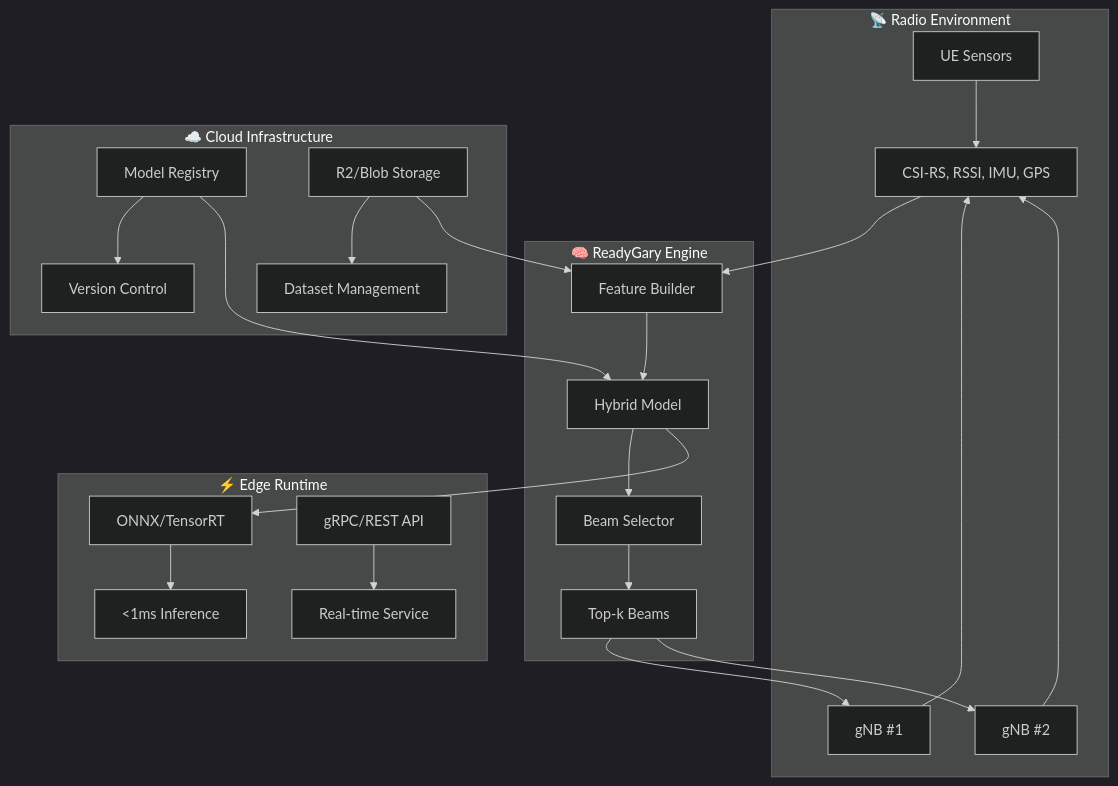
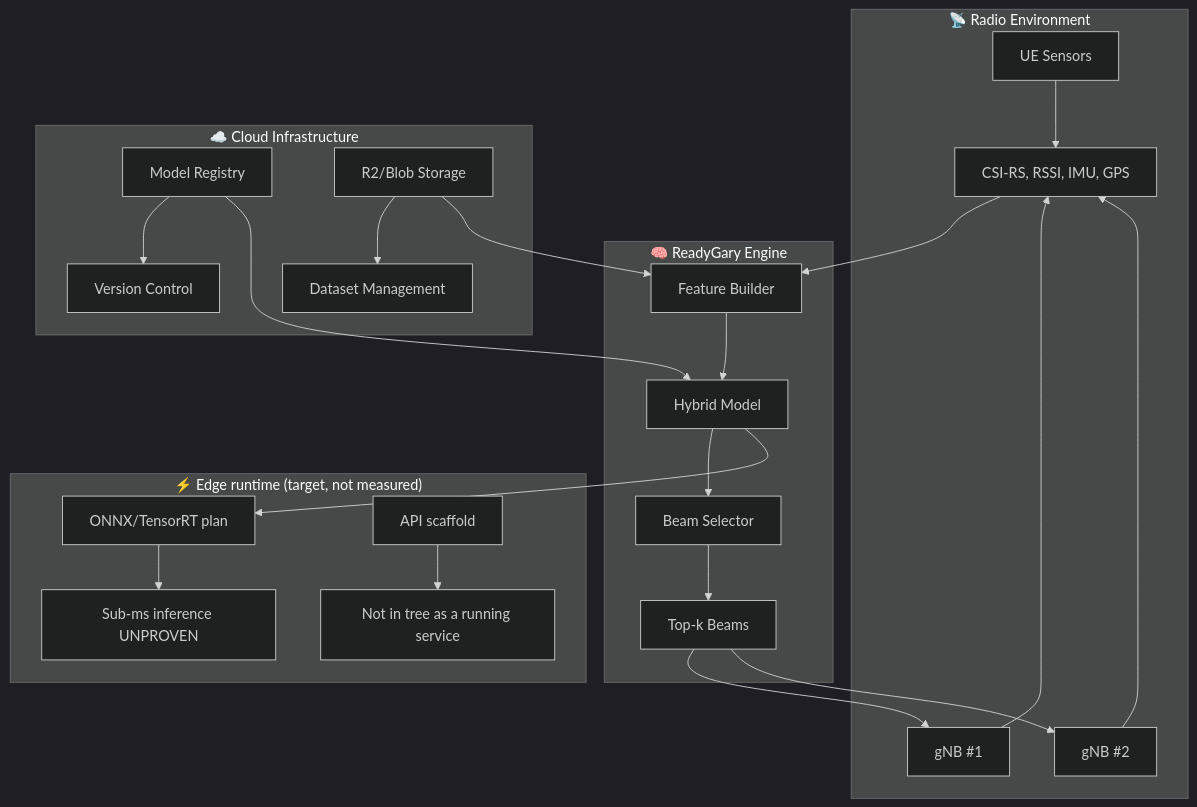
One commit to gunnchOS3k/readygary-6g-beam-selection changed the second of 2 diagrams in README.md. Above: the diagram before and after it, drawn with Mermaid (dark theme). The commit also changed other lines of this file and 7 other files, not shown here.

````diff
--- a/README.md
+++ b/README.md
@@ -250,31 +252,31 @@
 ```mermaid
 graph TB
     subgraph "📡 Radio Environment"
         A[UE Sensors] --> B[CSI-RS, RSSI, IMU, GPS]
         C[gNB #1] --> B
         D[gNB #2] --> B
     end
 
     subgraph "🧠 ReadyGary Engine"
         B --> E[Feature Builder]
         E --> F[Hybrid Model]
         F --> G[Beam Selector]
         G --> H[Top-k Beams]
     end
 
-    subgraph "⚡ Edge Runtime"
-        I[ONNX/TensorRT] --> J[<1ms Inference]
-        K[gRPC/REST API] --> L[Real-time Service]
+    subgraph "⚡ Edge runtime (target, not measured)"
+        I[ONNX/TensorRT plan] --> J[Sub-ms inference UNPROVEN]
+        K[API scaffold] --> L[Not in tree as a running service]
     end
 
     subgraph "☁️ Cloud Infrastructure"
         M[Model Registry] --> N[Version Control]
         O[R2/Blob Storage] --> P[Dataset Management]
     end
 
     F --> I
     H --> C
     H --> D
     M --> F
     O --> E
 ```
````
